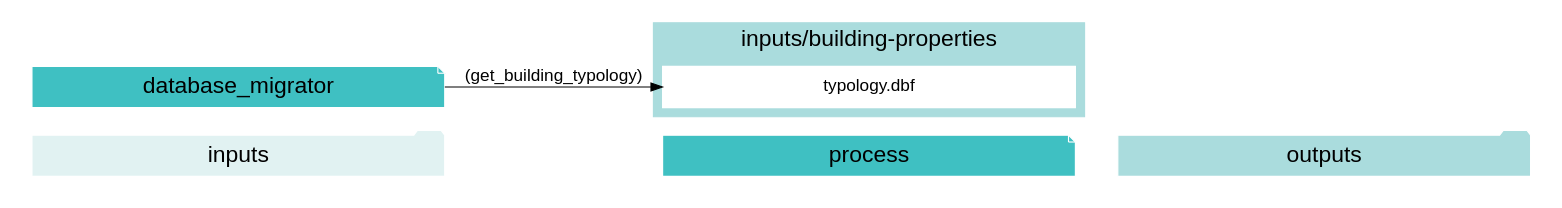
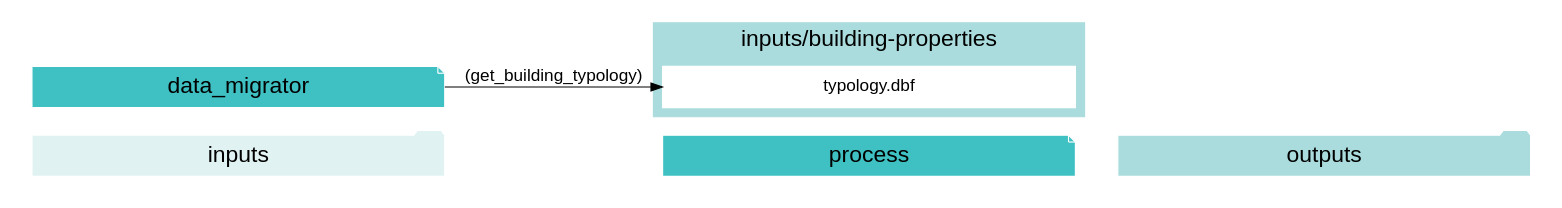
One commit to architecture-building-systems/CityEnergyAnalyst changed diagram 19 of 22 in docs/script-data-flow.rst. Above: the diagram before and after it, drawn with Graphviz. The commit also changed other lines of this file and 6 other files, not shown here.

Commit message:
rename all calls to `database_migrator` to `data_migrator`

```diff
--- a/docs/script-data-flow.rst
+++ b/docs/script-data-flow.rst
@@ -1294,28 +1294,28 @@
 .. graphviz::
 
-    digraph database_migrator {
+    digraph data_migrator {
     rankdir="LR";
     graph [overlap=false, fontname=arial];
     node [shape=box, style=filled, color=white, fontsize=15, fontname=arial, fixedsize=true, width=5];
     edge [fontname=arial, fontsize = 15]
     newrank=true
     subgraph cluster_legend {
         fontsize=25
         style=invis
         "process"[style=filled, fillcolor="#3FC0C2", shape=note, fontsize=20, fontname="arial"]
         "inputs" [style=filled, shape=folder, color=white, fillcolor="#E1F2F2", fontsize=20]
         "outputs"[style=filled, shape=folder, color=white, fillcolor="#aadcdd", fontsize=20]
         "inputs"->"process"[style=invis]
         "process"->"outputs"[style=invis]
     }
-    "database_migrator"[style=filled, color=white, fillcolor="#3FC0C2", shape=note, fontsize=20, fontname=arial];
+    "data_migrator"[style=filled, color=white, fillcolor="#3FC0C2", shape=note, fontsize=20, fontname=arial];
     subgraph cluster_0_out {
         style = filled;
         color = "#aadcdd";
         fontsize = 20;
         rank=same;
         label="inputs/building-properties";
         get_building_typology[label="typology.dbf"];
     }
-    "database_migrator" -> get_building_typology[label="(get_building_typology)"];
+    "data_migrator" -> get_building_typology[label="(get_building_typology)"];
     }
```
